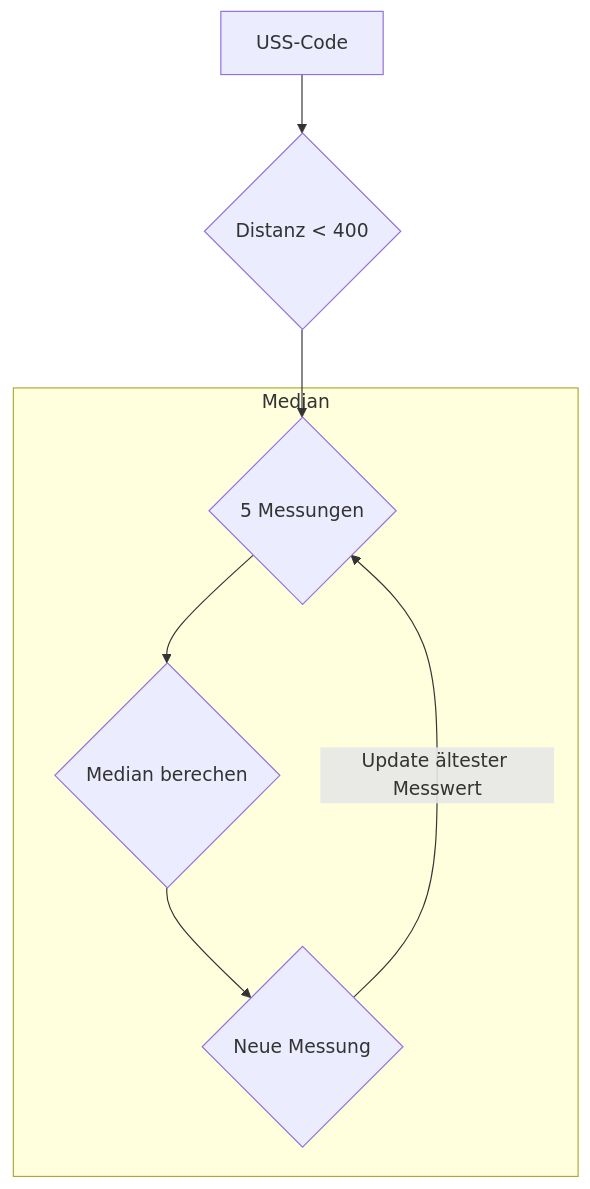
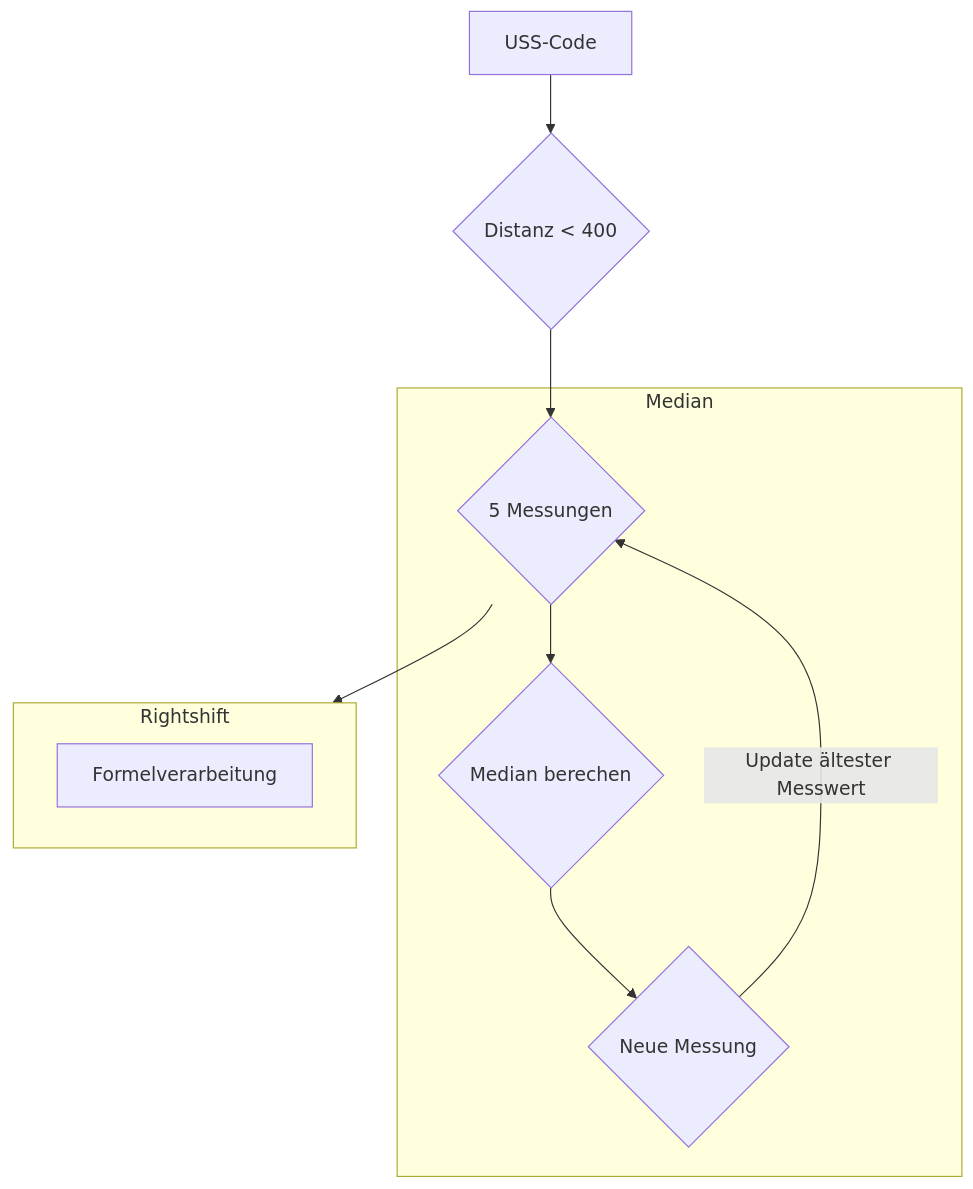
The diagram in Programme/Eröffnungsrennen/README.md (SchroedingersBit/PfortGTPanama), drawn with Mermaid before and after one commit.

````diff
--- a/Programme/Eröffnungsrennen/README.md
+++ b/Programme/Eröffnungsrennen/README.md
@@ -5,8 +5,12 @@
 ```mermaid
 flowchart TB;
 USS-Code --> D{Distanz < 400} --> M{5 Messungen};
 subgraph Median
 M-->ME{Median berechen} -->N{Neue Messung} -->|Update ältester Messwert| M;
 end
+M --> Rightshift
 
+subgraph Rightshift
+Formelverarbeitung
+end
 ```
````
